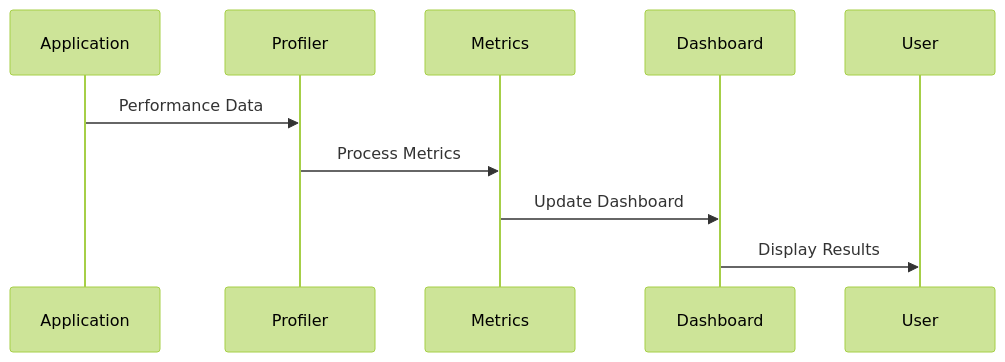
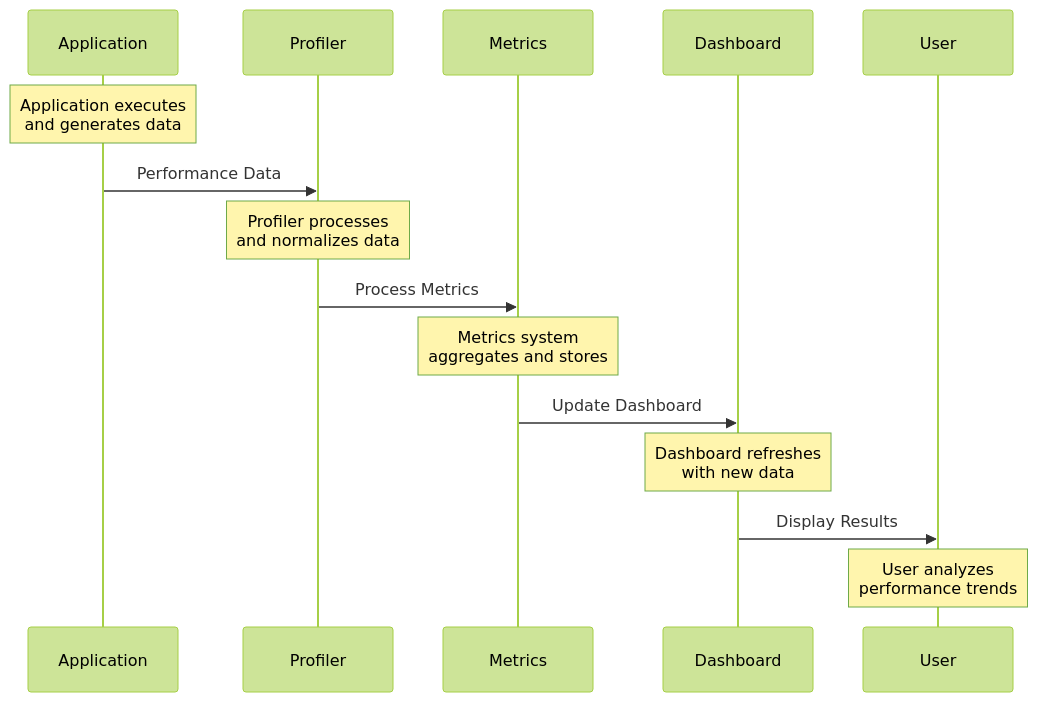
One commit to BhaveetKumar/nail-it changed the second of 2 diagrams in 04_devops_infrastructure/performance/performance_optimization_comprehensive_guide.md. Above: the diagram before and after it, drawn with Mermaid (forest theme). The commit also changed other lines of this file and 2 other files, not shown here.

First line of the commit message:
feat: enhance performance optimization guides with comprehensive content

````diff
--- a/04_devops_infrastructure/performance/performance_optimization_comprehensive_guide.md
+++ b/04_devops_infrastructure/performance/performance_optimization_comprehensive_guide.md
@@ -53,13 +229,18 @@
 ```mermaid
 sequenceDiagram
     participant A as Application
     participant P as Profiler
     participant M as Metrics
     participant D as Dashboard
     participant U as User
     
+    Note over A: Application executes<br/>and generates data
     A->>P: Performance Data
+    Note over P: Profiler processes<br/>and normalizes data
     P->>M: Process Metrics
+    Note over M: Metrics system<br/>aggregates and stores
     M->>D: Update Dashboard
+    Note over D: Dashboard refreshes<br/>with new data
     D->>U: Display Results
+    Note over U: User analyzes<br/>performance trends
 ```
````
